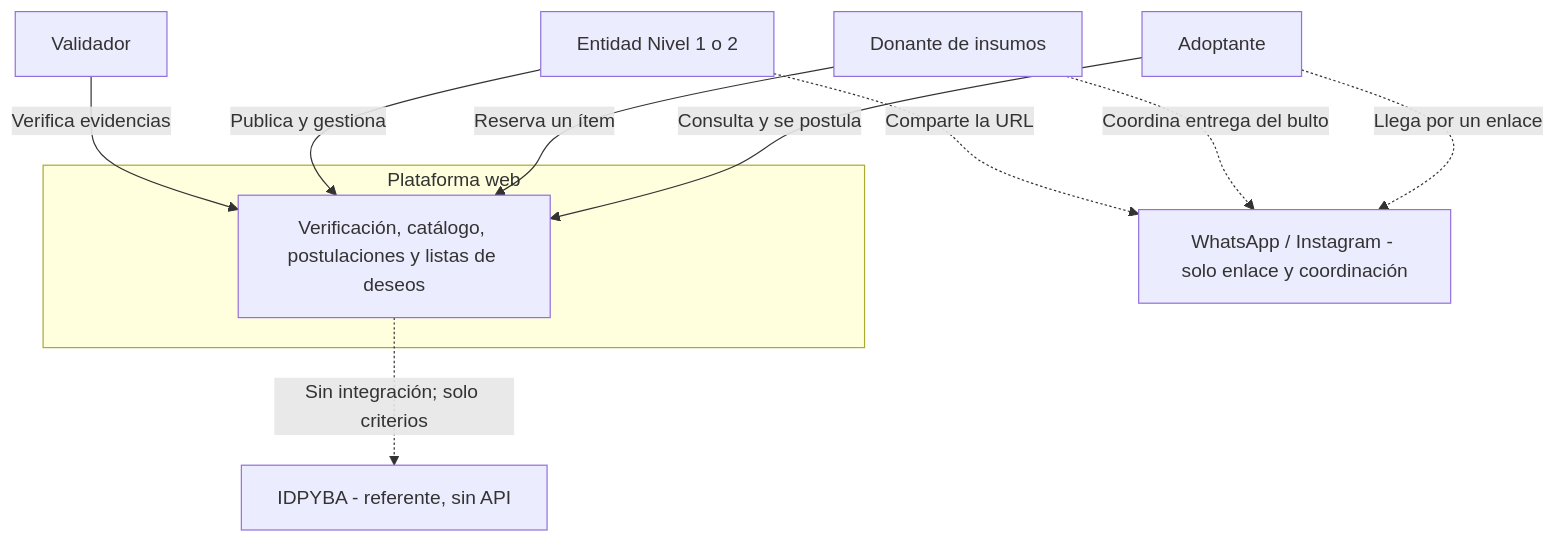
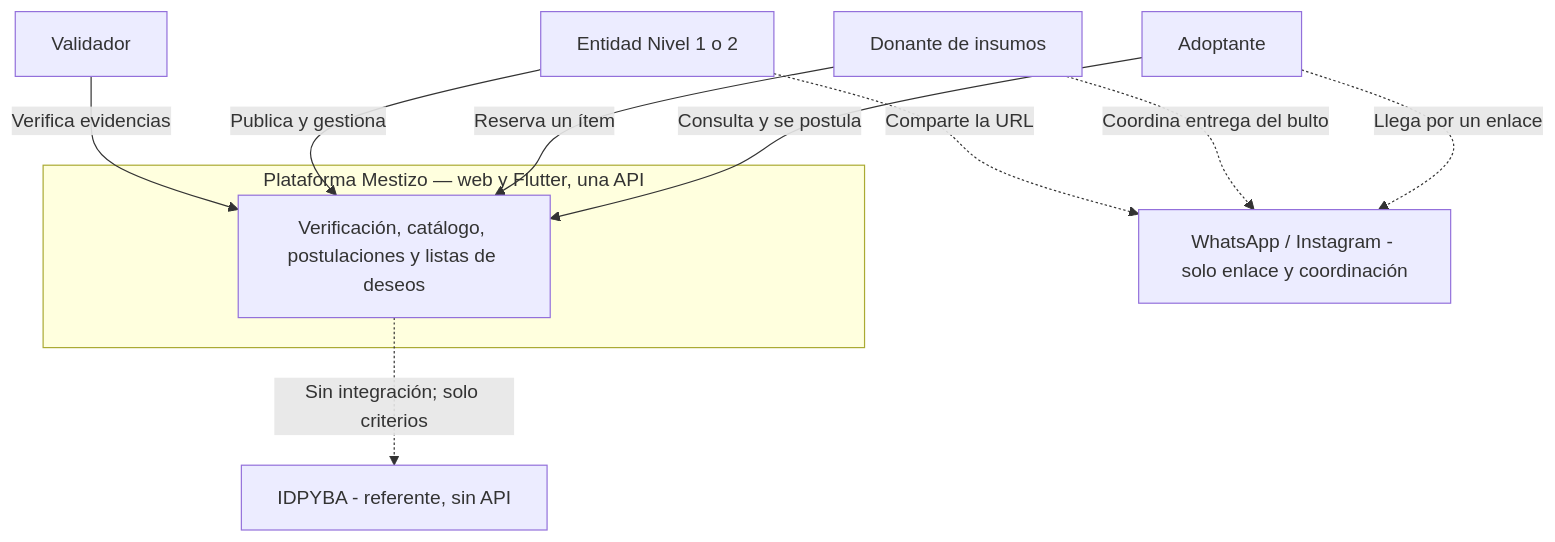
Before and after one commit to juliodparada-bit/plataforma-refugios-fauna-domestica-bogota: the first of 3 diagrams in documentacion/02-planeacion-y-diseno/2.1-arquitectura-de-la-solucion.md, drawn with Mermaid. The commit also changed other lines of this file and 21 other files, not shown here.

````diff
--- a/documentacion/02-planeacion-y-diseno/2.1-arquitectura-de-la-solucion.md
+++ b/documentacion/02-planeacion-y-diseno/2.1-arquitectura-de-la-solucion.md
@@ -40,24 +40,24 @@
 ```mermaid
 flowchart TB
     adoptante[Adoptante]
     donante[Donante de insumos]
     entidad[Entidad Nivel 1 o 2]
     validador[Validador]
 
-    subgraph sistema[Plataforma web]
+    subgraph sistema[Plataforma Mestizo — web y Flutter, una API]
         app[Verificación, catálogo, postulaciones y listas de deseos]
     end
 
     wa[WhatsApp / Instagram - solo enlace y coordinación]
     idpyba[IDPYBA - referente, sin API]
 
     adoptante -->|Consulta y se postula| app
     donante -->|Reserva un ítem| app
     entidad -->|Publica y gestiona| app
     validador -->|Verifica evidencias| app
 
     adoptante -.->|Llega por un enlace| wa
     donante -.->|Coordina entrega del bulto| wa
     entidad -.->|Comparte la URL| wa
     app -.->|Sin integración; solo criterios| idpyba
 ```
````
